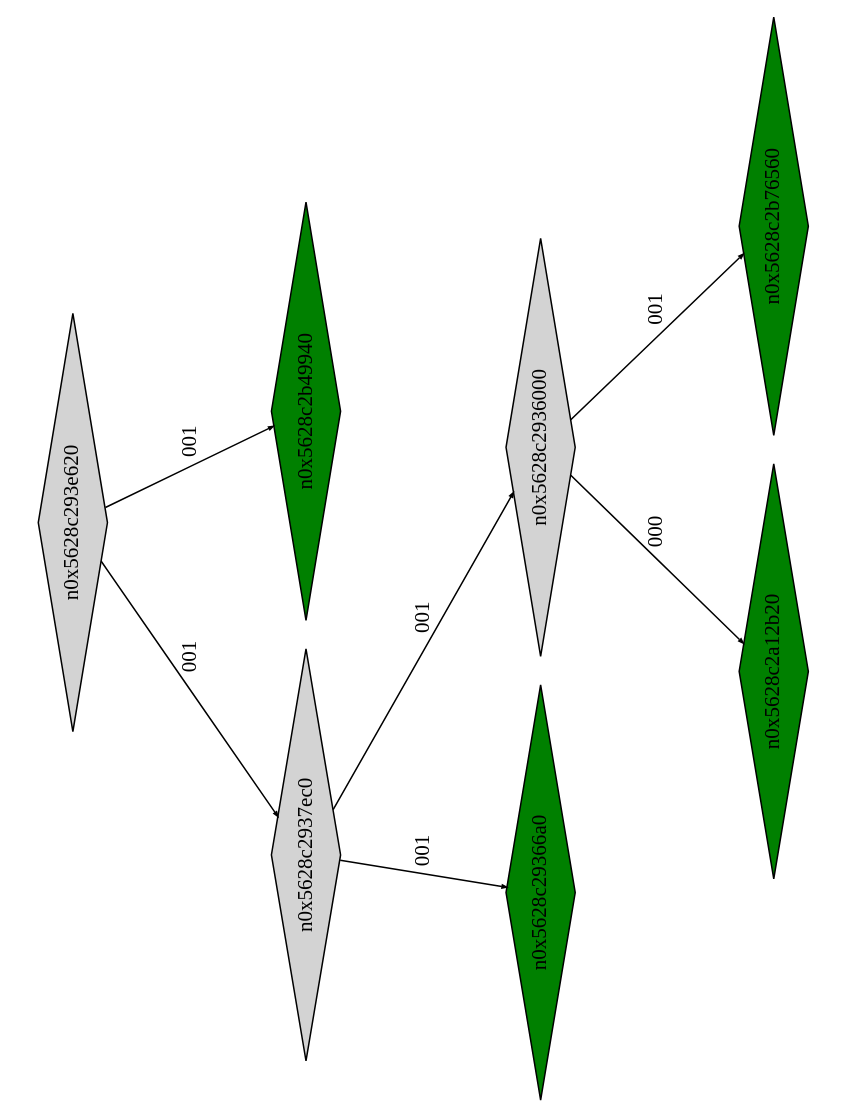
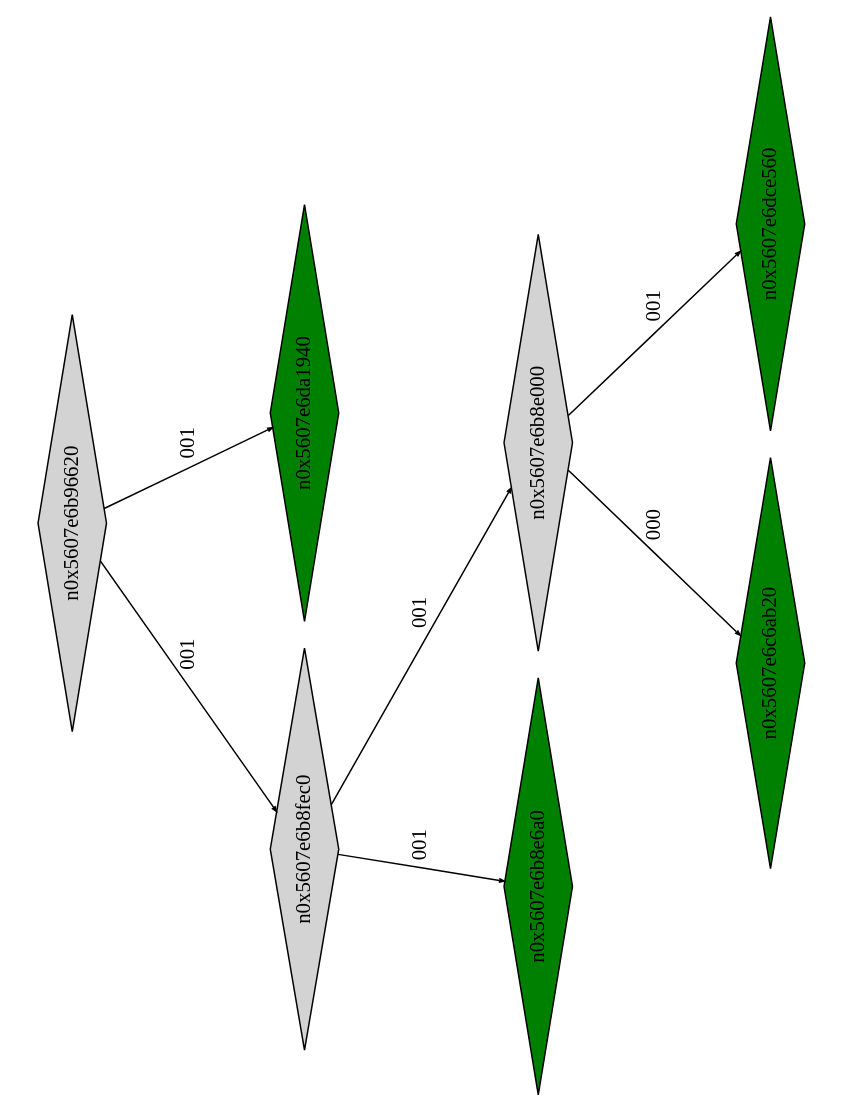
One commit to Research-Tools-PAVT/PSE-Program-Examples changed the diagram in example1_klee_out/ptree_00000320.dot. Above: the diagram before and after it, drawn with Graphviz. The commit also changed 42 other files, not shown here.

```diff
--- a/example1_klee_out/ptree_00000320.dot
+++ b/example1_klee_out/ptree_00000320.dot
@@ -1,21 +1,21 @@
 digraph G {
 	size="10,7.5";
 	ratio=fill;
 	rotate=90;
 	center = "true";
 	node [style="filled",width=.1,height=.1,fontname="Terminus"]
 	edge [arrowsize=.3]
-	n0x5628c293e620 [shape=diamond];
-	n0x5628c293e620 -> n0x5628c2937ec0 [label=001];
-	n0x5628c293e620 -> n0x5628c2b49940 [label=001];
-	n0x5628c2b49940 [shape=diamond,fillcolor=green];
-	n0x5628c2937ec0 [shape=diamond];
-	n0x5628c2937ec0 -> n0x5628c29366a0 [label=001];
-	n0x5628c2937ec0 -> n0x5628c2936000 [label=001];
-	n0x5628c2936000 [shape=diamond];
-	n0x5628c2936000 -> n0x5628c2a12b20 [label=000];
-	n0x5628c2936000 -> n0x5628c2b76560 [label=001];
-	n0x5628c2b76560 [shape=diamond,fillcolor=green];
-	n0x5628c2a12b20 [shape=diamond,fillcolor=green];
-	n0x5628c29366a0 [shape=diamond,fillcolor=green];
+	n0x5607e6b96620 [shape=diamond];
+	n0x5607e6b96620 -> n0x5607e6b8fec0 [label=001];
+	n0x5607e6b96620 -> n0x5607e6da1940 [label=001];
+	n0x5607e6da1940 [shape=diamond,fillcolor=green];
+	n0x5607e6b8fec0 [shape=diamond];
+	n0x5607e6b8fec0 -> n0x5607e6b8e6a0 [label=001];
+	n0x5607e6b8fec0 -> n0x5607e6b8e000 [label=001];
+	n0x5607e6b8e000 [shape=diamond];
+	n0x5607e6b8e000 -> n0x5607e6c6ab20 [label=000];
+	n0x5607e6b8e000 -> n0x5607e6dce560 [label=001];
+	n0x5607e6dce560 [shape=diamond,fillcolor=green];
+	n0x5607e6c6ab20 [shape=diamond,fillcolor=green];
+	n0x5607e6b8e6a0 [shape=diamond,fillcolor=green];
 }
```
